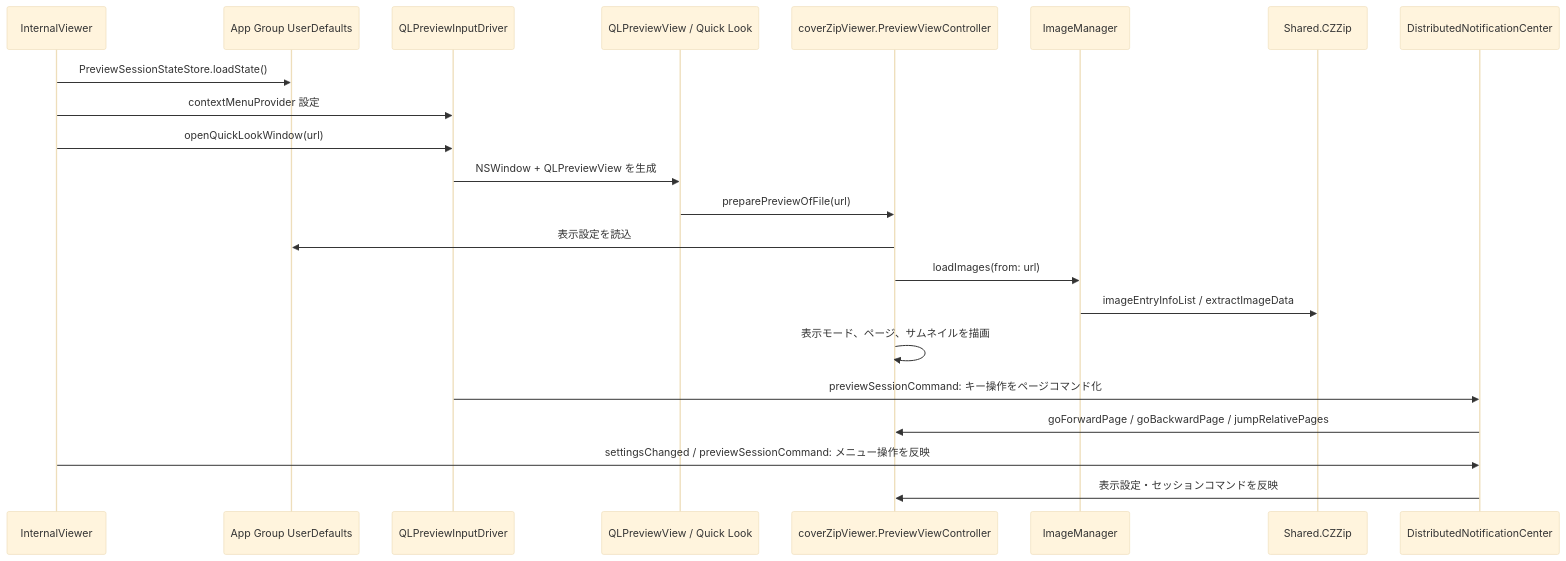
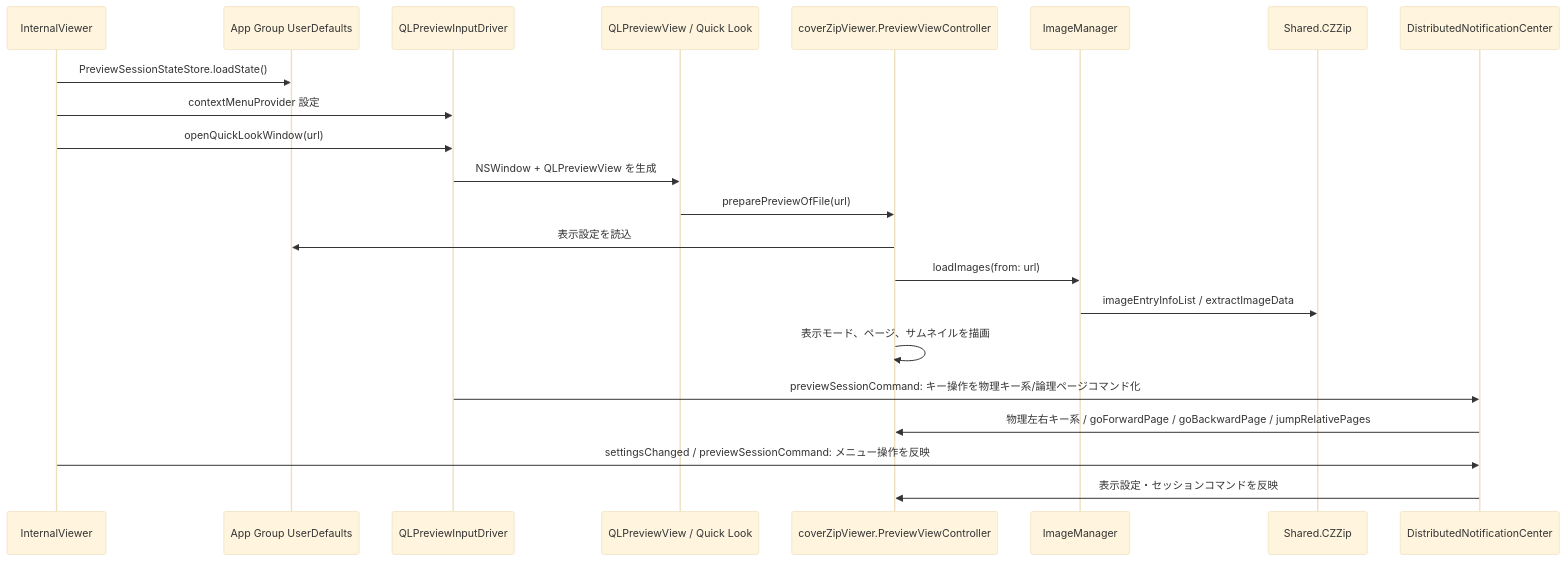
The third of 6 diagrams in flow.md (Nihondo/CoverZip), drawn with Mermaid (base theme) before and after one commit. The commit also changed other lines of this file and 8 other files, not shown here.

````diff
--- a/flow.md
+++ b/flow.md
@@ -84,26 +84,26 @@
 ```mermaid
 sequenceDiagram
     participant Internal as InternalViewer
     participant Defaults as App Group UserDefaults
     participant Driver as QLPreviewInputDriver
     participant QL as QLPreviewView / Quick Look
     participant Preview as coverZipViewer.PreviewViewController
     participant Image as ImageManager
     participant Zip as Shared.CZZip
     participant DNC as DistributedNotificationCenter
 
     Internal->>Defaults: PreviewSessionStateStore.loadState()
     Internal->>Driver: contextMenuProvider 設定
     Internal->>Driver: openQuickLookWindow(url)
     Driver->>QL: NSWindow + QLPreviewView を生成
     QL->>Preview: preparePreviewOfFile(url)
     Preview->>Defaults: 表示設定を読込
     Preview->>Image: loadImages(from: url)
     Image->>Zip: imageEntryInfoList / extractImageData
     Preview->>Preview: 表示モード、ページ、サムネイルを描画
 
-    Driver->>DNC: previewSessionCommand: キー操作をページコマンド化
-    DNC->>Preview: goForwardPage / goBackwardPage / jumpRelativePages
+    Driver->>DNC: previewSessionCommand: キー操作を物理キー系/論理ページコマンド化
+    DNC->>Preview: 物理左右キー系 / goForwardPage / goBackwardPage / jumpRelativePages
     Internal->>DNC: settingsChanged / previewSessionCommand: メニュー操作を反映
     DNC->>Preview: 表示設定・セッションコマンドを反映
 ```
````
